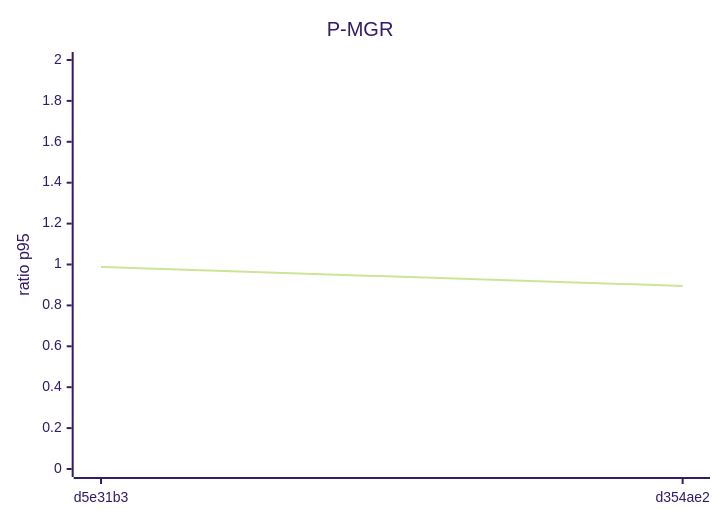
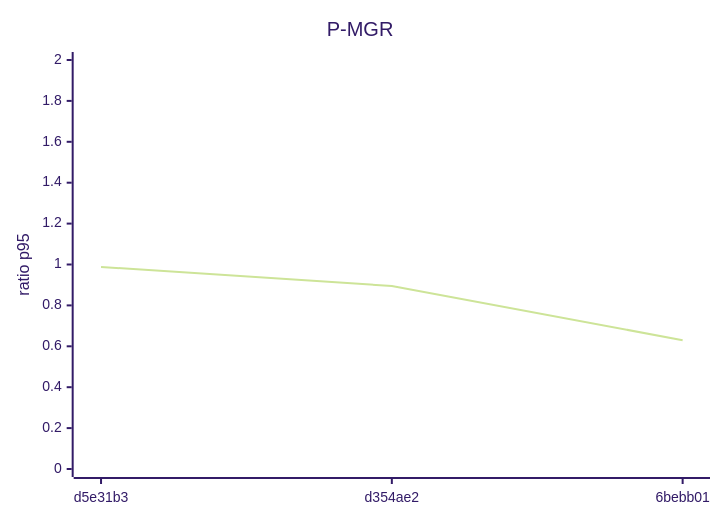
The second of 8 diagrams in docs/perf/trend.md (mtromane/expense-io), drawn with Mermaid (forest theme) before and after one commit. The commit also changed other lines of this file and 1 other file, not shown here.

Commit message:
perf: mesure de 6bebb01

````diff
--- a/docs/perf/trend.md
+++ b/docs/perf/trend.md
@@ -24,7 +24,7 @@
 ```mermaid
 xychart-beta
   title "P-MGR"
-  x-axis ["d5e31b3", "d354ae2"]
+  x-axis ["d5e31b3", "d354ae2", "6bebb01"]
   y-axis "ratio p95" 0 --> 2
-  line [0.988, 0.895]
+  line [0.988, 0.895, 0.63]
 ```
````
